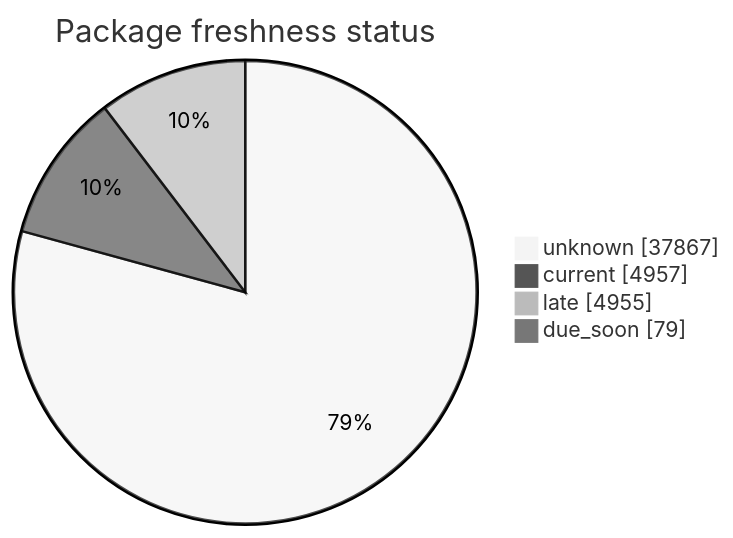
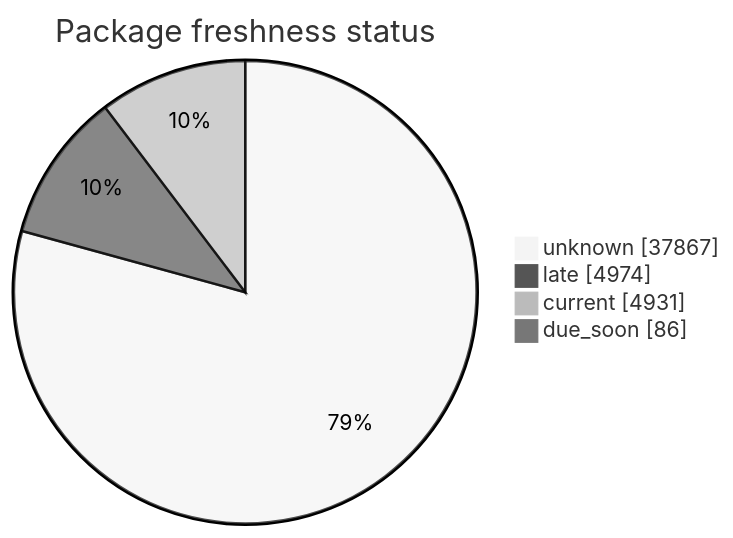
One commit to open-data/analytics-corporate-reporting changed the second of 5 diagrams in FreshCheck/README.md. Above: the diagram before and after it, drawn with Mermaid (neutral theme). The commit also changed other lines of this file and 3 other files, not shown here.

````diff
--- a/FreshCheck/README.md
+++ b/FreshCheck/README.md
@@ -68,7 +68,7 @@
 ```mermaid
 pie showData title Package freshness status
     "unknown": 37867
-    "current": 4957
-    "late": 4955
-    "due_soon": 79
+    "late": 4974
+    "current": 4931
+    "due_soon": 86
 ```
````
